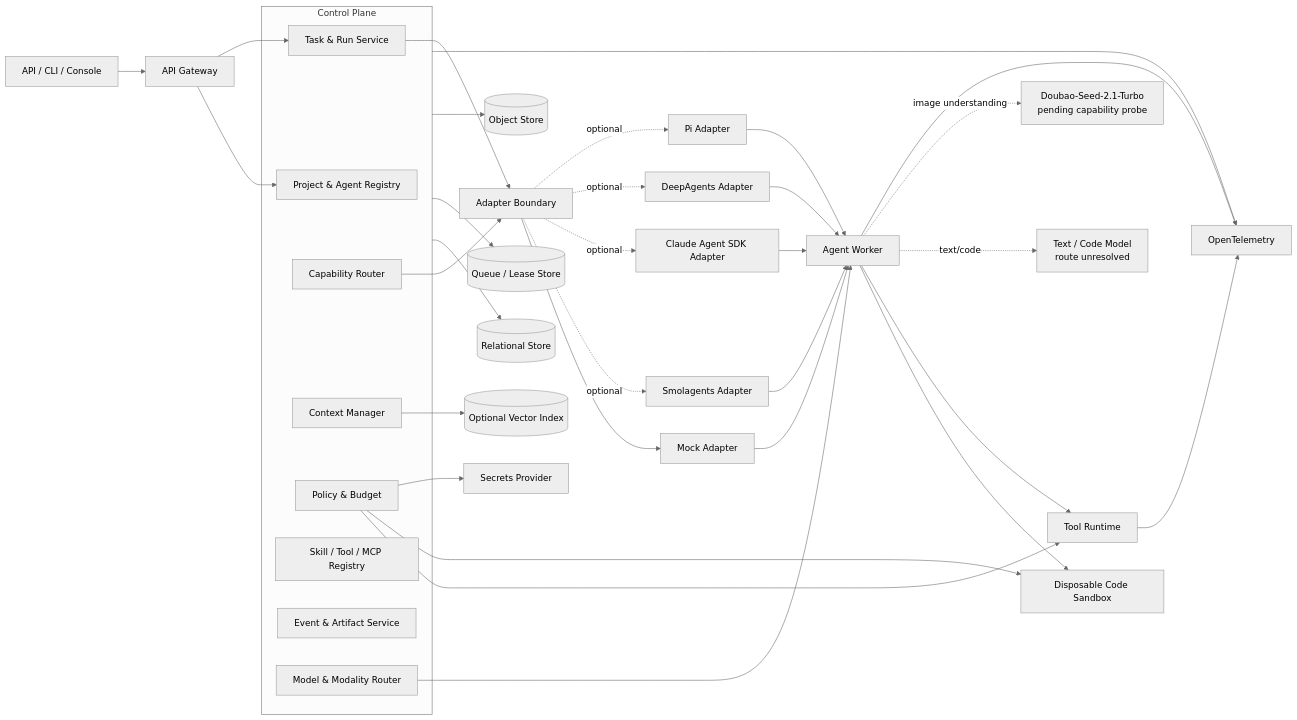
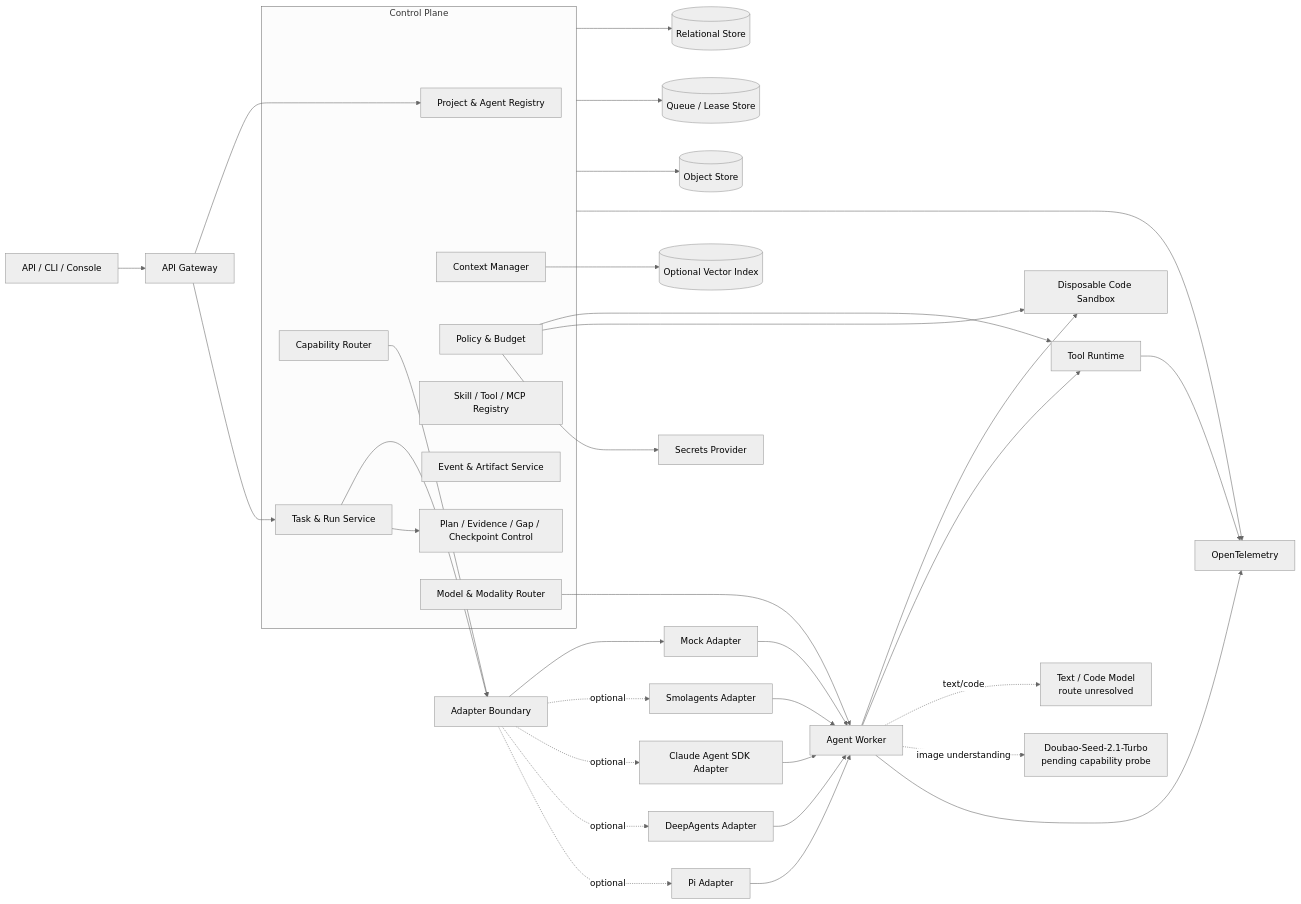
One commit to royal007a/wb_harness_agent changed the first of 2 diagrams in docs/harness/ARCHITECTURE.md. Above: the diagram before and after it, drawn with Mermaid (neutral theme). The commit also changed other lines of this file and 32 other files, not shown here.

````diff
--- a/docs/harness/ARCHITECTURE.md
+++ b/docs/harness/ARCHITECTURE.md
@@ -15,48 +15,50 @@
 ```mermaid
 flowchart LR
     C[API / CLI / Console] --> G[API Gateway]
 
     subgraph CP[Control Plane]
       PR[Project & Agent Registry]
       TS[Task & Run Service]
       RT[Capability Router]
       CX[Context Manager]
       PS[Policy & Budget]
       ST[Skill / Tool / MCP Registry]
       EV[Event & Artifact Service]
+      EC[Plan / Evidence / Gap / Checkpoint Control]
       MR[Model & Modality Router]
     end
 
     G --> PR
     G --> TS
 
     TS --> AB[Adapter Boundary]
+    TS --> EC
     RT --> AB
     AB --> A1[Mock Adapter]
     AB -. optional .-> A2[Smolagents Adapter]
     AB -. optional .-> A3[Claude Agent SDK Adapter]
     AB -. optional .-> A4[DeepAgents Adapter]
     AB -. optional .-> A5[Pi Adapter]
 
     A1 --> XR[Agent Worker]
     A2 --> XR
     A3 --> XR
     A4 --> XR
     A5 --> XR
     XR --> SB[Disposable Code Sandbox]
     XR --> TR[Tool Runtime]
     PS --> TR
     PS --> SB
     MR --> XR
     XR -. text/code .-> TM[Text / Code Model\nroute unresolved]
     XR -. image understanding .-> VM[Doubao-Seed-2.1-Turbo\npending capability probe]
 
     CP --> DB[(Relational Store)]
     CP --> Q[(Queue / Lease Store)]
     CP --> OB[(Object Store)]
     CX --> VS[(Optional Vector Index)]
     PS --> VT[Secrets Provider]
     CP --> OT[OpenTelemetry]
     XR --> OT
     TR --> OT
 ```
````
